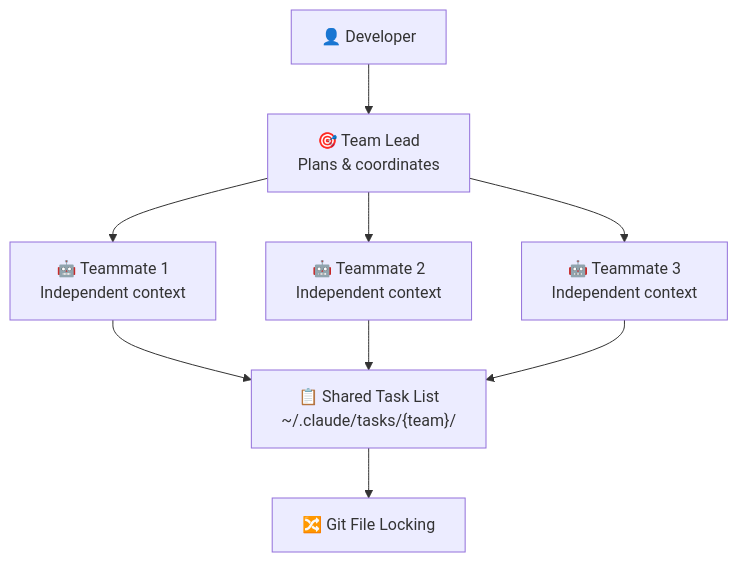
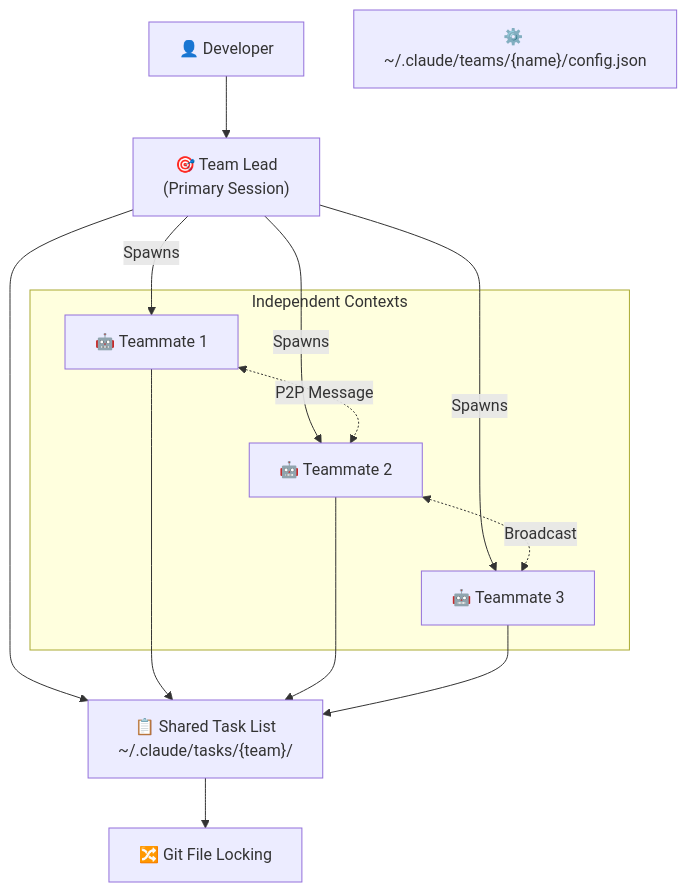
One commit to morphph/hot2content-init changed the diagram in content/blogs/en/claude-code-agent-teams-ai-software-development.md. Above: the diagram before and after it, drawn with Mermaid. The commit also changed other lines of this file and 1 other file, not shown here.

Commit message:
♻️ Restore V2 Agent Teams blog (Opus 4.6) from output/blog-en-v2.md — was overwritten during migration

````diff
--- a/content/blogs/en/claude-code-agent-teams-ai-software-development.md
+++ b/content/blogs/en/claude-code-agent-teams-ai-software-development.md
@@ -50,11 +45,23 @@
 ```mermaid
 graph TD
-    Dev["👤 Developer"] --> Lead["🎯 Team Lead<br/>Plans & coordinates"]
-    Lead --> T1["🤖 Teammate 1<br/>Independent context"]
-    Lead --> T2["🤖 Teammate 2<br/>Independent context"]
-    Lead --> T3["🤖 Teammate 3<br/>Independent context"]
-    T1 --> Tasks["📋 Shared Task List<br/>~/.claude/tasks/{team}/"]
-    T2 --> Tasks
-    T3 --> Tasks
-    Tasks --> Git["🔀 Git File Locking"]
+    User["👤 Developer"] --> Lead["🎯 Team Lead<br/>(Primary Session)"]
+    Lead --> TaskList["📋 Shared Task List<br/>~/.claude/tasks/{team}/"]
+    Lead -->|Spawns| T1["🤖 Teammate 1"]
+    Lead -->|Spawns| T2["🤖 Teammate 2"]
+    Lead -->|Spawns| T3["🤖 Teammate 3"]
+    
+    subgraph "Independent Contexts"
+        T1
+        T2
+        T3
+    end
+    
+    T1 <-.->|P2P Message| T2
+    T2 <-.->|Broadcast| T3
+    T1 --> TaskList
+    T2 --> TaskList
+    T3 --> TaskList
+    TaskList --> Git["🔀 Git File Locking"]
+    
+    Config["⚙️ ~/.claude/teams/{name}/config.json"]
 ```
````
